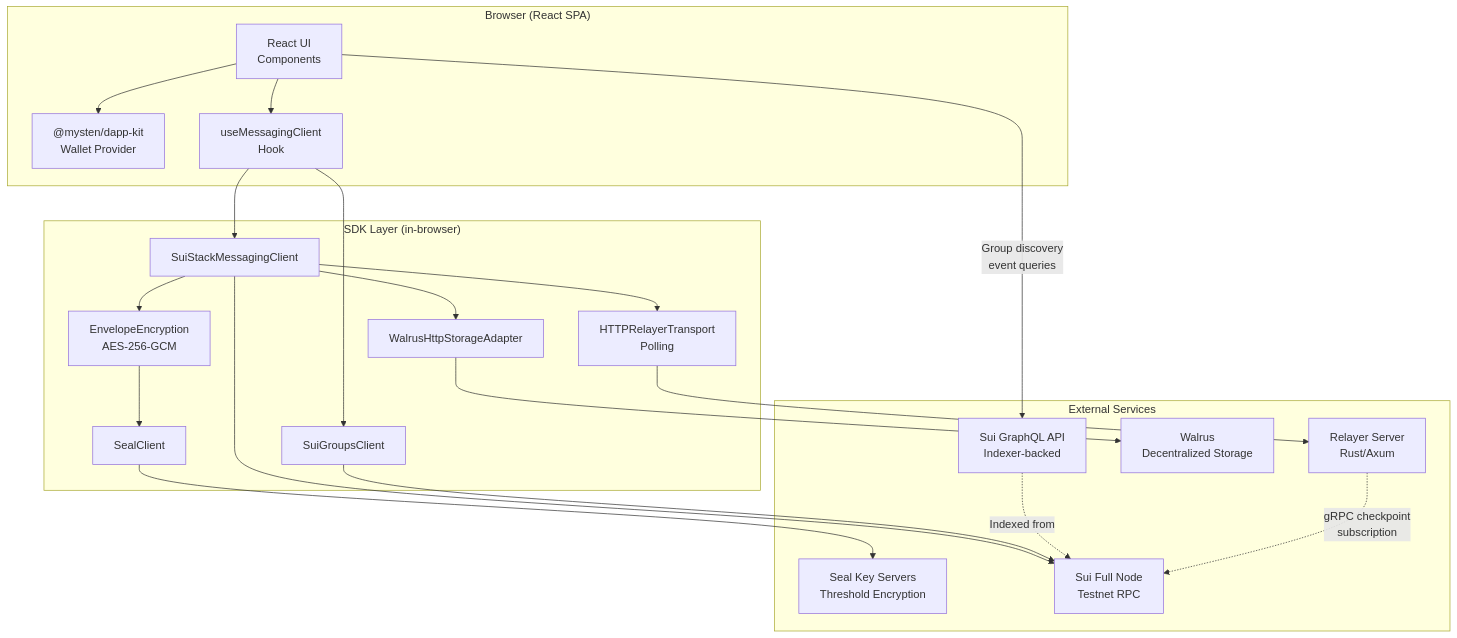
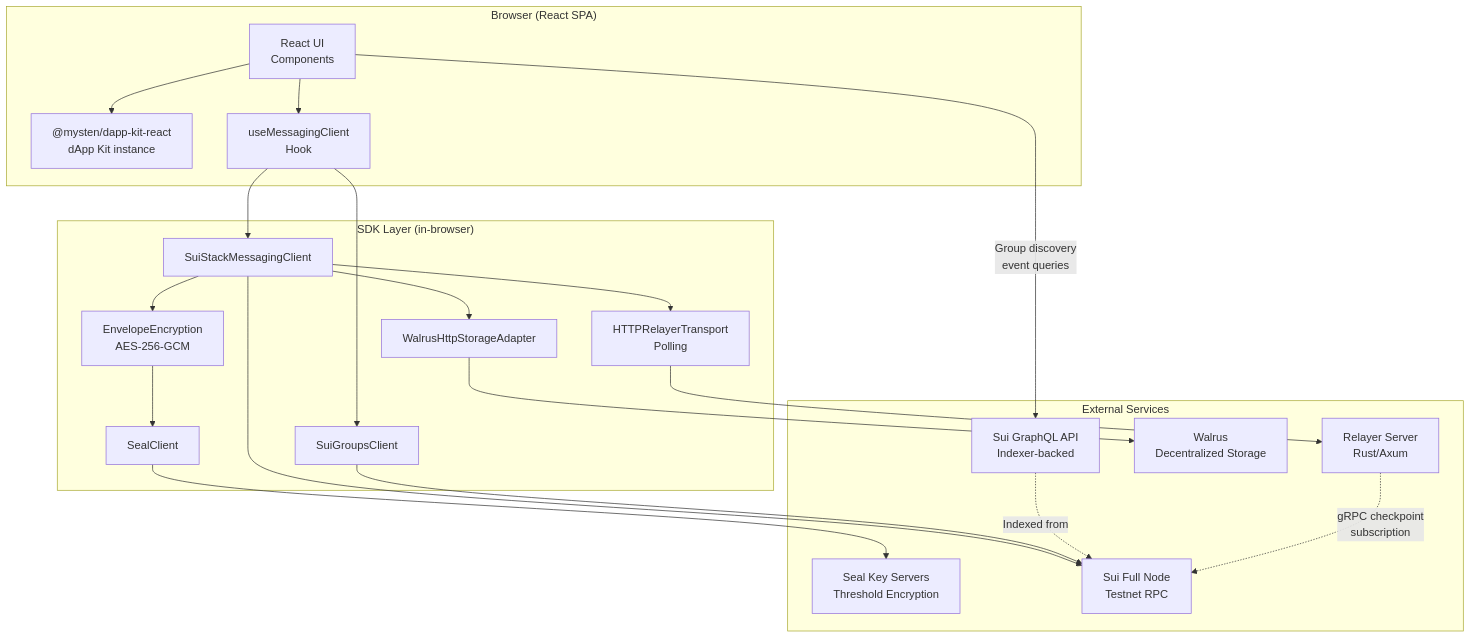
Before and after one commit to MystenLabs/sui-stack-messaging: the first of 18 diagrams in chat-app/docs/SYSTEM_DESIGN.md, drawn with Mermaid. The commit also changed other lines of this file and 28 other files, not shown here.

First line of the commit message:
feat(chat-app): migrate to @mysten/dapp-kit-react (#74)

````diff
--- a/chat-app/docs/SYSTEM_DESIGN.md
+++ b/chat-app/docs/SYSTEM_DESIGN.md
@@ -32,42 +32,42 @@
 ```mermaid
 graph TB
     subgraph Browser["Browser (React SPA)"]
         UI[React UI<br/>Components]
-        DK["@mysten/dapp-kit<br/>Wallet Provider"]
+        DK["@mysten/dapp-kit-react<br/>dApp Kit instance"]
         HOOK[useMessagingClient<br/>Hook]
     end
 
     subgraph SDK["SDK Layer (in-browser)"]
         MGC[SuiStackMessagingClient]
         PGC[SuiGroupsClient]
         SC[SealClient]
         EE[EnvelopeEncryption<br/>AES-256-GCM]
         HRT[HTTPRelayerTransport<br/>Polling]
         WSA[WalrusHttpStorageAdapter]
     end
 
     subgraph External["External Services"]
         REL[Relayer Server<br/>Rust/Axum]
         SKS[Seal Key Servers<br/>Threshold Encryption]
         WAL[Walrus<br/>Decentralized Storage]
         SUI[Sui Full Node<br/>Testnet RPC]
         GQL_API[Sui GraphQL API<br/>Indexer-backed]
     end
 
     UI --> HOOK
     UI --> DK
     HOOK --> MGC
     HOOK --> PGC
     MGC --> EE
     MGC --> HRT
     MGC --> WSA
     EE --> SC
     SC --> SKS
     HRT --> REL
     WSA --> WAL
     MGC --> SUI
     PGC --> SUI
     UI -->|Group discovery<br/>event queries| GQL_API
     GQL_API -.->|Indexed from| SUI
     REL -.->|gRPC checkpoint<br/>subscription| SUI
 ```
````
